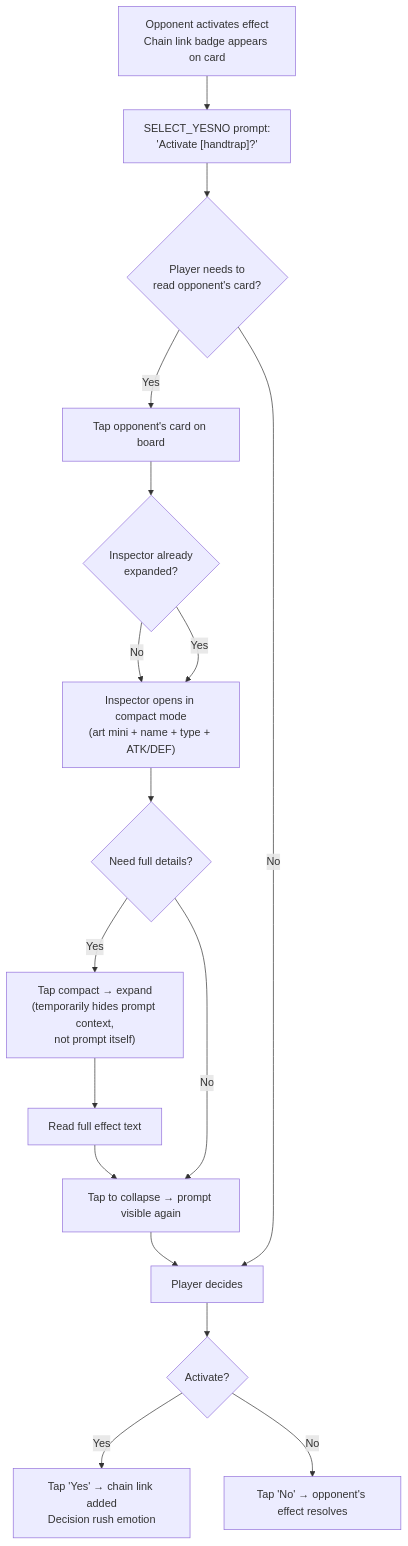
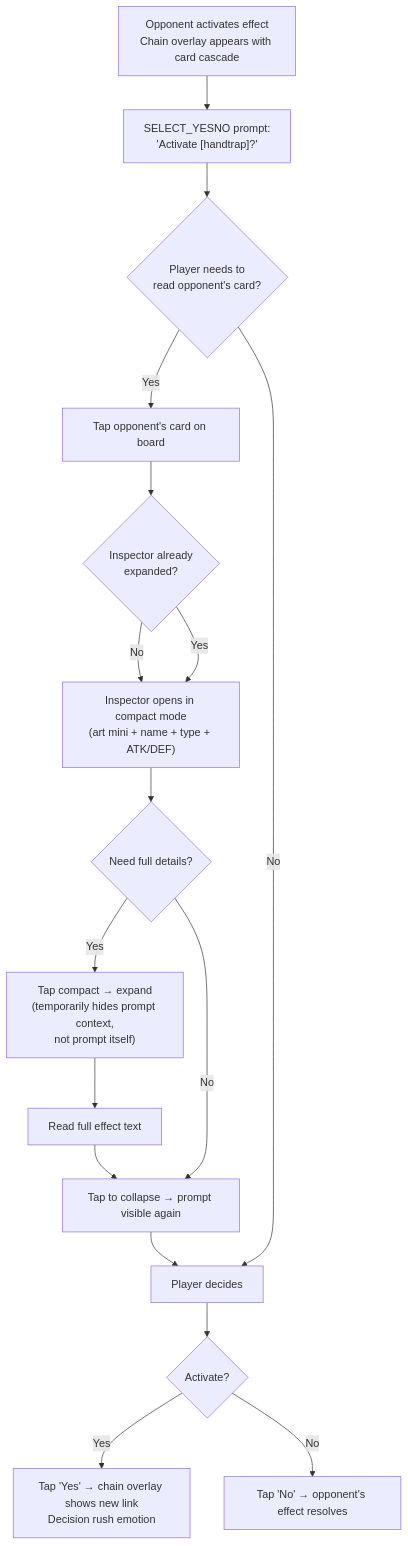
The third of 5 diagrams in _bmad-output/planning-artifacts/ux-design-specification-pvp.md (Sketard/skytrix), drawn with Mermaid before and after one commit. The commit also changed other lines of this file and 43 other files, not shown here.

````diff
--- a/_bmad-output/planning-artifacts/ux-design-specification-pvp.md
+++ b/_bmad-output/planning-artifacts/ux-design-specification-pvp.md
@@ -643,19 +656,19 @@
 ```mermaid
 flowchart TD
-    A["Opponent activates effect\nChain link badge appears on card"] --> B["SELECT_YESNO prompt:\n'Activate [handtrap]?'"]
+    A["Opponent activates effect\nChain overlay appears with card cascade"] --> B["SELECT_YESNO prompt:\n'Activate [handtrap]?'"]
     B --> C{"Player needs to\nread opponent's card?"}
     C -- Yes --> D["Tap opponent's card on board"]
     D --> E{"Inspector already\nexpanded?"}
     E -- No --> F["Inspector opens in compact mode\n(art mini + name + type + ATK/DEF)"]
     E -- Yes --> F
     F --> G{"Need full details?"}
     G -- Yes --> H["Tap compact → expand\n(temporarily hides prompt context,\nnot prompt itself)"]
     H --> I["Read full effect text"]
     I --> J["Tap to collapse → prompt visible again"]
     G -- No --> J
     J --> K["Player decides"]
     C -- No --> K
     K --> L{"Activate?"}
-    L -- Yes --> M["Tap 'Yes' → chain link added\nDecision rush emotion"]
+    L -- Yes --> M["Tap 'Yes' → chain overlay shows new link\nDecision rush emotion"]
     L -- No --> N["Tap 'No' → opponent's effect resolves"]
 ```
````
